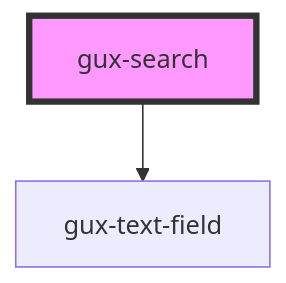
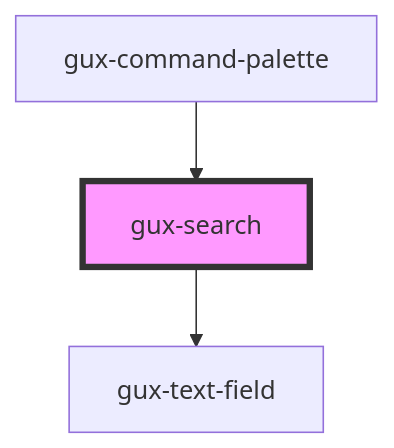
Before and after one commit to MyPureCloud/genesys-spark: the diagram in src/components/global/gux-search/readme.md, drawn with Mermaid. The commit also changed other lines of this file and 3 other files, not shown here.

Commit message:
fix(command palette): use search component

````diff
--- a/src/components/global/gux-search/readme.md
+++ b/src/components/global/gux-search/readme.md
@@ -48,5 +52,6 @@
 ```mermaid
 graph TD;
   gux-search --> gux-text-field
+  gux-command-palette --> gux-search
   style gux-search fill:#f9f,stroke:#333,stroke-width:4px
 ```
````
